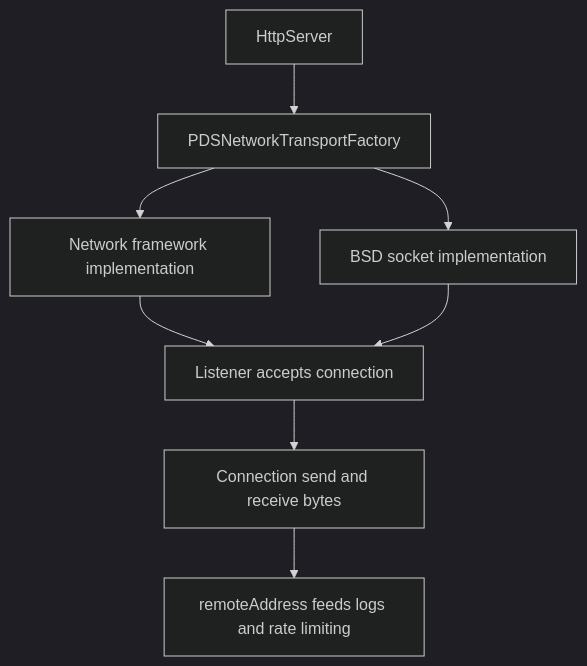
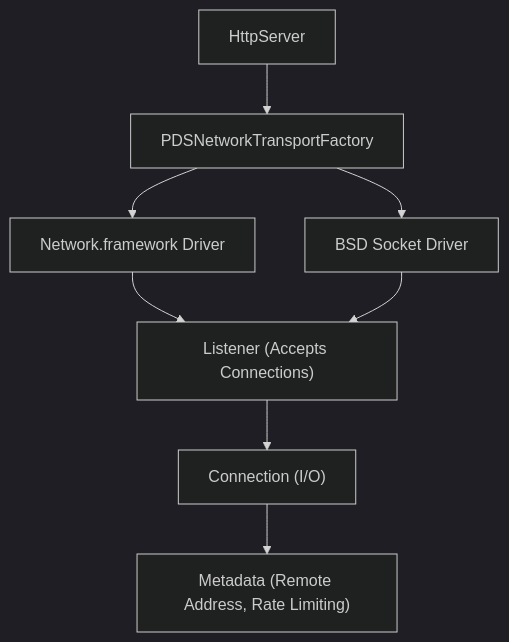
The diagram in docs/09-platform-compatibility/network-transport.md (jvalinsky/garazyk), drawn with Mermaid (dark theme) before and after one commit. The commit also changed other lines of this file and 122 other files, not shown here.

````diff
--- a/docs/09-platform-compatibility/network-transport.md
+++ b/docs/09-platform-compatibility/network-transport.md
@@ -13,18 +13,18 @@
 ```mermaid
 flowchart TD
     Server["HttpServer"]
     Factory["PDSNetworkTransportFactory"]
-    Listener["Listener accepts connection"]
-    Conn["Connection send and receive bytes"]
-    Meta["remoteAddress feeds logs and rate limiting"]
-    Mac["Network framework implementation"]
-    Linux["BSD socket implementation"]
+    Listener["Listener (Accepts Connections)"]
+    Conn["Connection (I/O)"]
+    Meta["Metadata (Remote Address, Rate Limiting)"]
+    Mac["Network.framework Driver"]
+    Linux["BSD Socket Driver"]
 
     Server --> Factory
     Factory --> Mac
     Factory --> Linux
     Mac --> Listener
     Linux --> Listener
     Listener --> Conn
     Conn --> Meta
 ```
````
